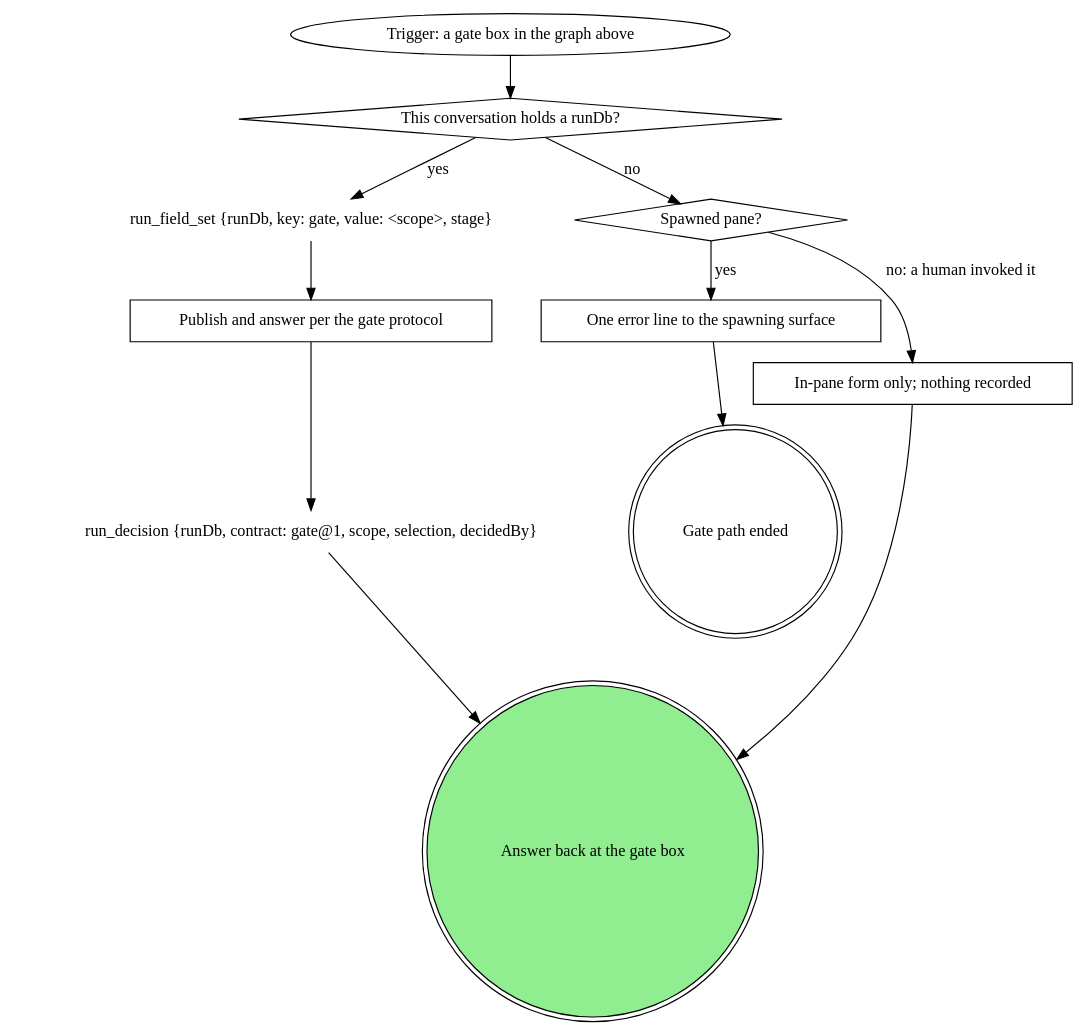
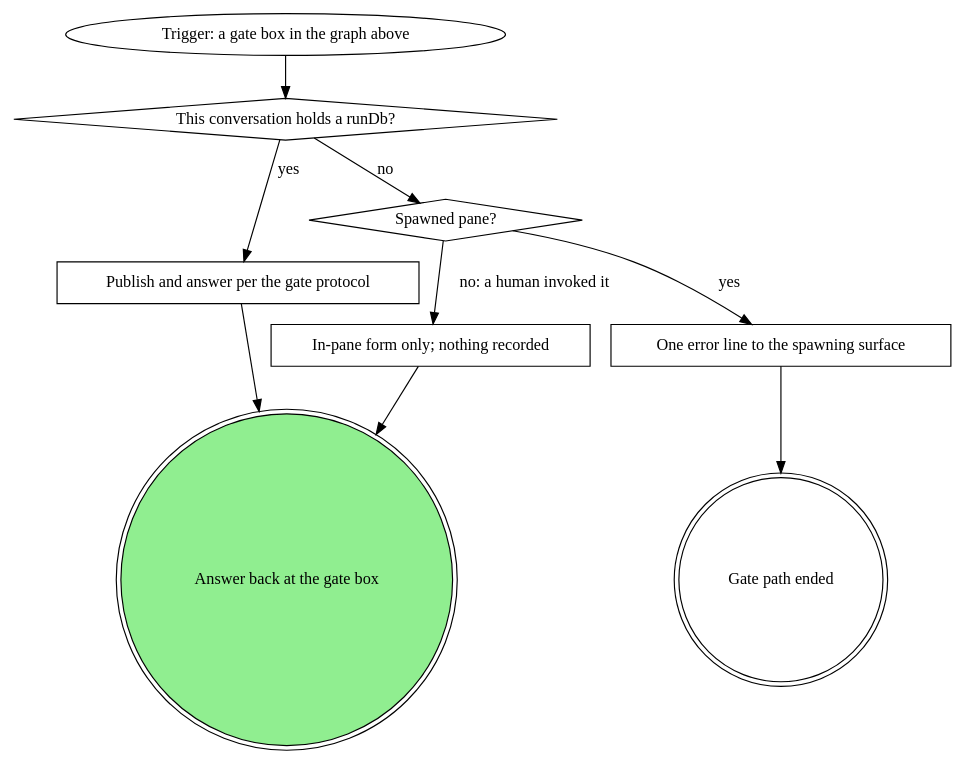
Before and after one commit to m4ttstack/mattstack: the second of 2 diagrams in plugins/mattstack/attachments/forge/checkout/SKILL.md, drawn with Graphviz. The commit also changed other lines of this file and 6 other files, not shown here.

Commit message:
forge: rebase-worktree and checkout gates let gate_ask and gate_answer bracket and record under the run; gate-protocol says every site is on the tools

````diff
--- a/plugins/mattstack/attachments/forge/checkout/SKILL.md
+++ b/plugins/mattstack/attachments/forge/checkout/SKILL.md
@@ -255,27 +255,23 @@
 ```dot
 digraph gate_steps {
     rankdir=TB;
 
     trigger_gate_box [label="Trigger: a gate box in the graph above" shape=ellipse];
     holds_rundb [label="This conversation holds a runDb?" shape=diamond];
-    run_field_set [label="run_field_set {runDb, key: gate, value: <scope>, stage}" shape=plaintext];
     publish_answer [label="Publish and answer per the gate protocol" shape=box];
-    run_decision [label="run_decision {runDb, contract: gate@1, scope, selection, decidedBy}" shape=plaintext];
     spawned_pane [label="Spawned pane?" shape=diamond];
     error_line_to_spawner [label="One error line to the spawning surface" shape=box];
     pane_form_only [label="In-pane form only; nothing recorded" shape=box];
     gate_path_ended [label="Gate path ended" shape=doublecircle];
     answer_back [label="Answer back at the gate box" shape=doublecircle style=filled fillcolor=lightgreen];
 
     trigger_gate_box -> holds_rundb;
-    holds_rundb -> run_field_set [label="yes"];
+    holds_rundb -> publish_answer [label="yes"];
     holds_rundb -> spawned_pane [label="no"];
-    run_field_set -> publish_answer;
-    publish_answer -> run_decision;
-    run_decision -> answer_back;
+    publish_answer -> answer_back;
     spawned_pane -> error_line_to_spawner [label="yes"];
     spawned_pane -> pane_form_only [label="no: a human invoked it"];
     error_line_to_spawner -> gate_path_ended;
     pane_form_only -> answer_back;
 }
 ```
````
